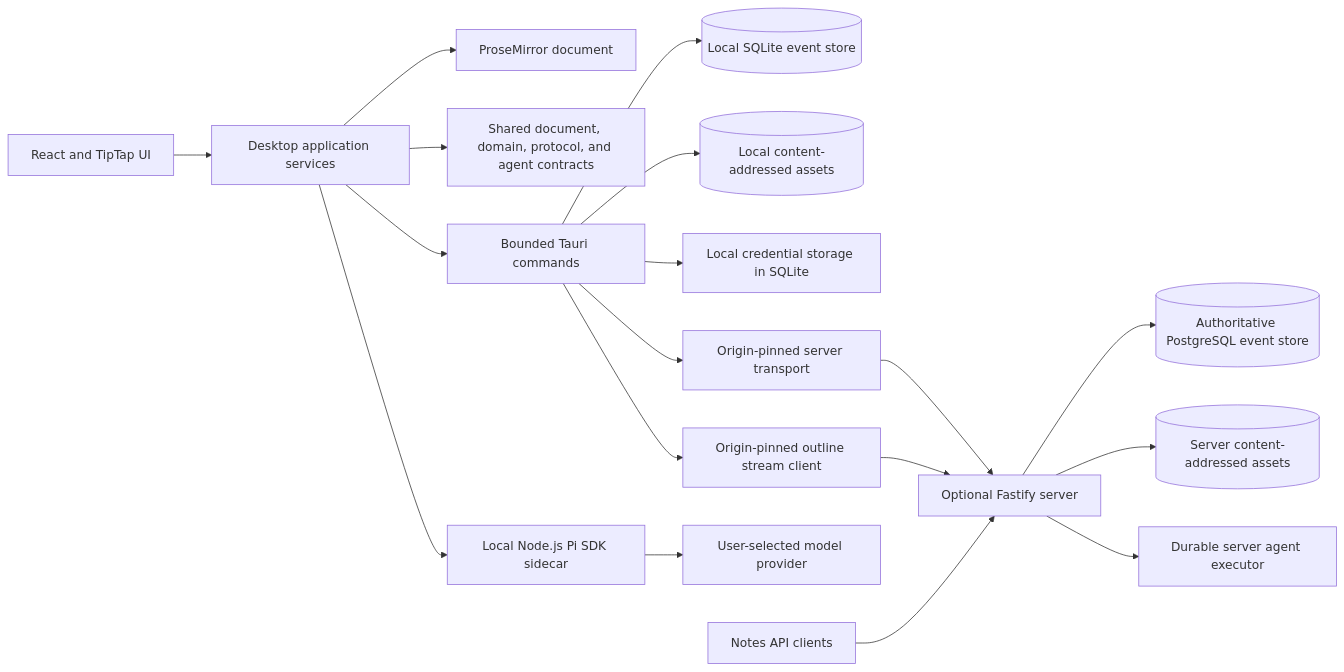
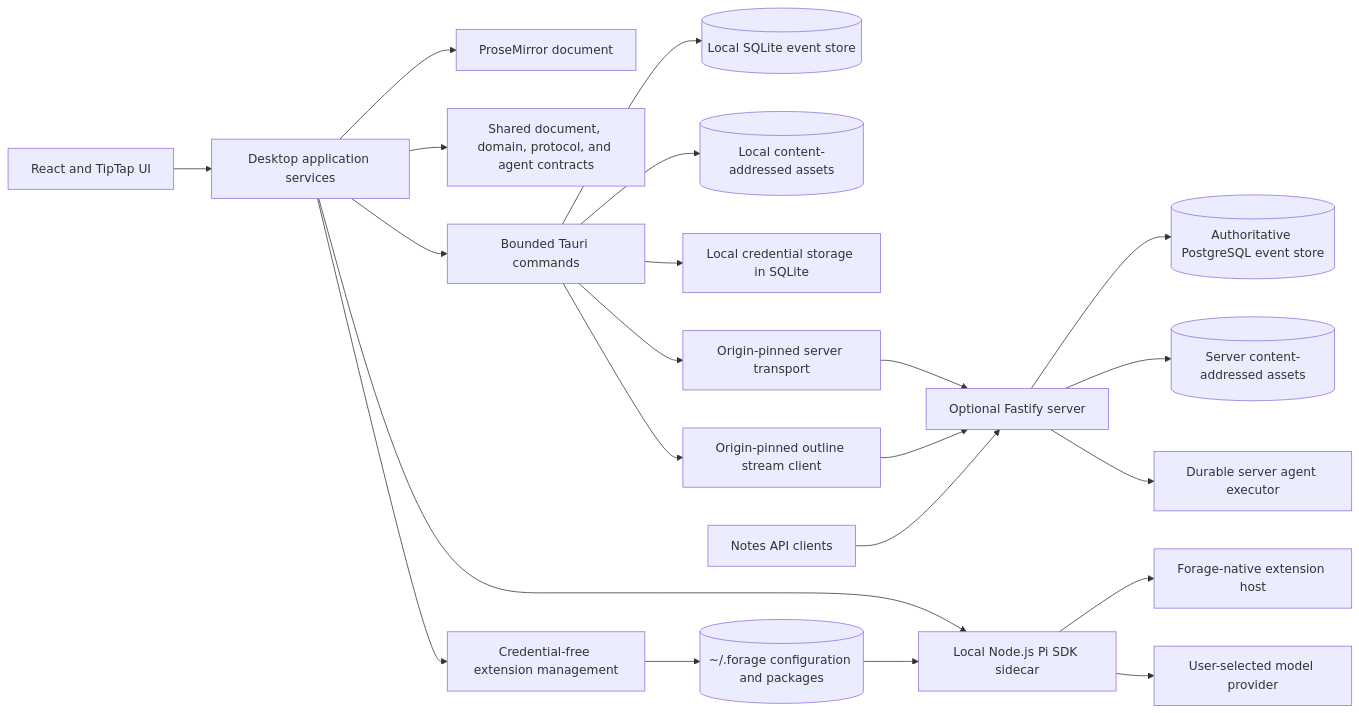
The diagram in docs/architecture.md (tenzki/forage), drawn with Mermaid before and after one commit. The commit also changed other lines of this file and 95 other files, not shown here.

````diff
--- a/docs/architecture.md
+++ b/docs/architecture.md
@@ -7,20 +7,24 @@
 ```mermaid
 flowchart LR
     UI[React and TipTap UI] --> APP[Desktop application services]
     APP --> DOC[ProseMirror document]
     APP --> DOMAIN[Shared document, domain, protocol, and agent contracts]
     APP --> IPC[Bounded Tauri commands]
     IPC --> SQLITE[(Local SQLite event store)]
     IPC --> ASSETS[(Local content-addressed assets)]
     IPC --> VAULT[Local credential storage in SQLite]
     IPC --> TRANSPORT[Origin-pinned server transport]
     IPC --> STREAM[Origin-pinned outline stream client]
     APP --> SIDECAR[Local Node.js Pi SDK sidecar]
+    APP --> EXTMGMT[Credential-free extension management]
+    EXTMGMT --> FORAGECFG[(~/.forage configuration and packages)]
+    FORAGECFG --> SIDECAR
+    SIDECAR --> EXTHOST[Forage-native extension host]
     SIDECAR --> MODELS[User-selected model provider]
     TRANSPORT --> SERVER[Optional Fastify server]
     STREAM --> SERVER
     SERVER --> POSTGRES[(Authoritative PostgreSQL event store)]
     SERVER --> SERVER_ASSETS[(Server content-addressed assets)]
     SERVER --> WORKER[Durable server agent executor]
     CAPTURE[Notes API clients] --> SERVER
 ```
````
